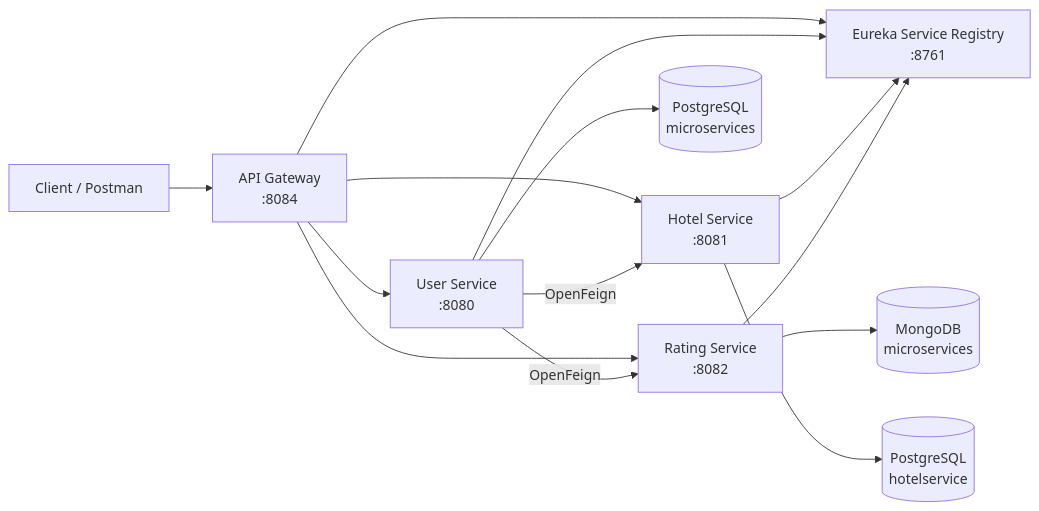
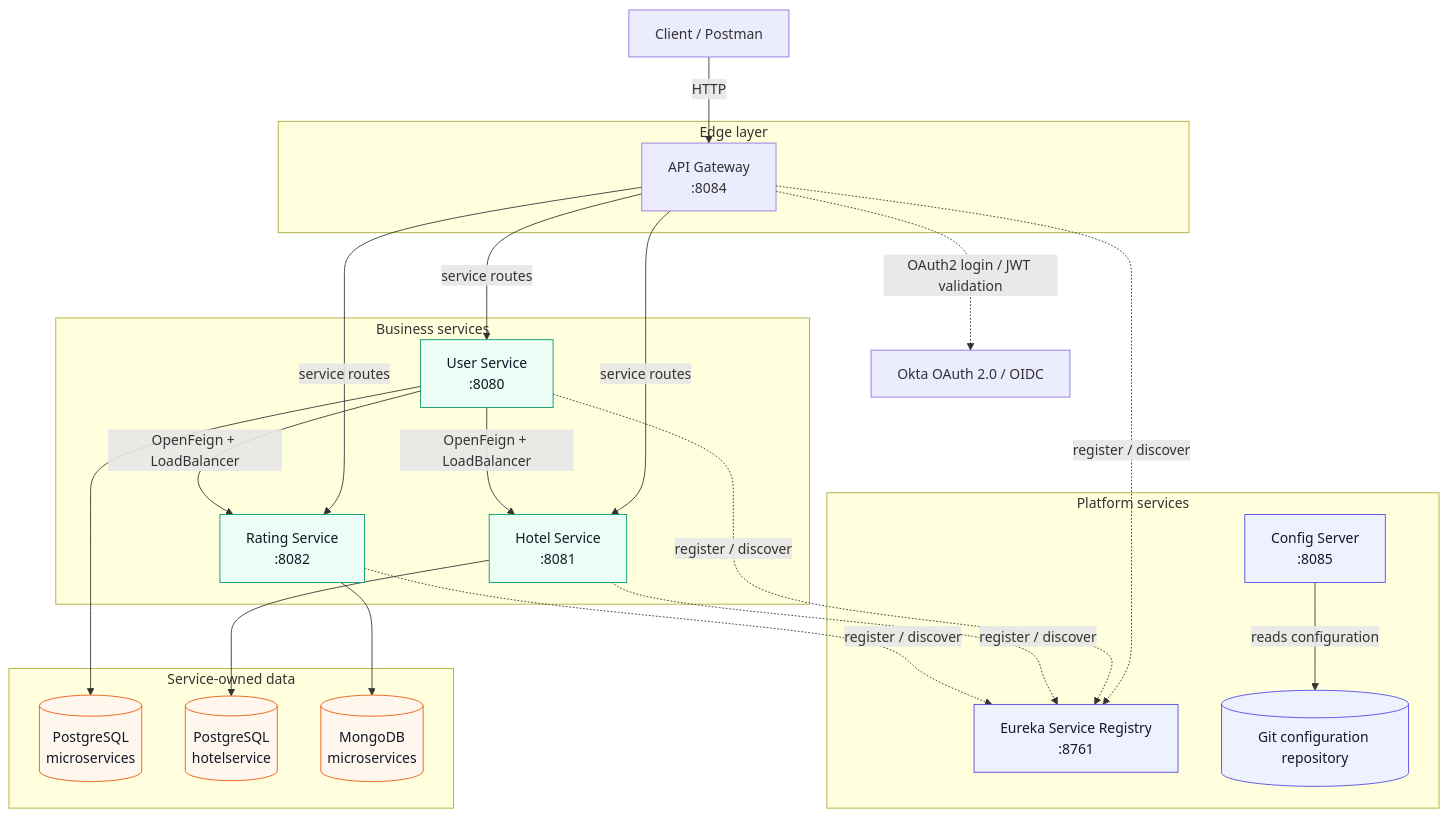
One commit to Subinkumar077/spring-cloud-microservices-platform changed the first of 2 diagrams in README.md. Above: the diagram before and after it, drawn with Mermaid.

Commit message:
docs: replace architecture diagram

````diff
--- a/README.md
+++ b/README.md
@@ -12,16 +12,52 @@
 ```mermaid
-flowchart LR
-    Client[Client / Postman] --> Gateway[API Gateway<br/>:8084]
-    Gateway --> Eureka[Eureka Service Registry<br/>:8761]
-    Gateway --> User[User Service<br/>:8080]
-    Gateway --> Hotel[Hotel Service<br/>:8081]
-    Gateway --> Rating[Rating Service<br/>:8082]
-    User --> Eureka
-    Hotel --> Eureka
-    Rating --> Eureka
-    User -->|OpenFeign| Rating
-    User -->|OpenFeign| Hotel
-    User --> UserDB[(PostgreSQL<br/>microservices)]
-    Hotel --> HotelDB[(PostgreSQL<br/>hotelservice)]
-    Rating --> RatingDB[(MongoDB<br/>microservices)]
+flowchart TB
+    Client[Client / Postman]
+    Okta[Okta OAuth 2.0 / OIDC]
+
+    subgraph Edge["Edge layer"]
+        Gateway[API Gateway<br/>:8084]
+    end
+
+    subgraph Platform["Platform services"]
+        Eureka[Eureka Service Registry<br/>:8761]
+        Config[Config Server<br/>:8085]
+        Git[(Git configuration repository)]
+    end
+
+    subgraph Services["Business services"]
+        User[User Service<br/>:8080]
+        Hotel[Hotel Service<br/>:8081]
+        Rating[Rating Service<br/>:8082]
+    end
+
+    subgraph Data["Service-owned data"]
+        UserDB[(PostgreSQL<br/>microservices)]
+        HotelDB[(PostgreSQL<br/>hotelservice)]
+        RatingDB[(MongoDB<br/>microservices)]
+    end
+
+    Client -->|HTTP| Gateway
+    Gateway -.->|OAuth2 login / JWT validation| Okta
+    Gateway -->|service routes| User
+    Gateway -->|service routes| Hotel
+    Gateway -->|service routes| Rating
+
+    Gateway -.->|register / discover| Eureka
+    User -.->|register / discover| Eureka
+    Hotel -.->|register / discover| Eureka
+    Rating -.->|register / discover| Eureka
+    Config -->|reads configuration| Git
+
+    User -->|OpenFeign + LoadBalancer| Rating
+    User -->|OpenFeign + LoadBalancer| Hotel
+    User --> UserDB
+    Hotel --> HotelDB
+    Rating --> RatingDB
+
+    classDef control fill:#eef2ff,stroke:#4f46e5,color:#111827
+    classDef service fill:#ecfdf5,stroke:#059669,color:#111827
+    classDef data fill:#fff7ed,stroke:#ea580c,color:#111827
+    class Eureka,Config,Git control
+    class User,Hotel,Rating service
+    class UserDB,HotelDB,RatingDB data
 ```
````
